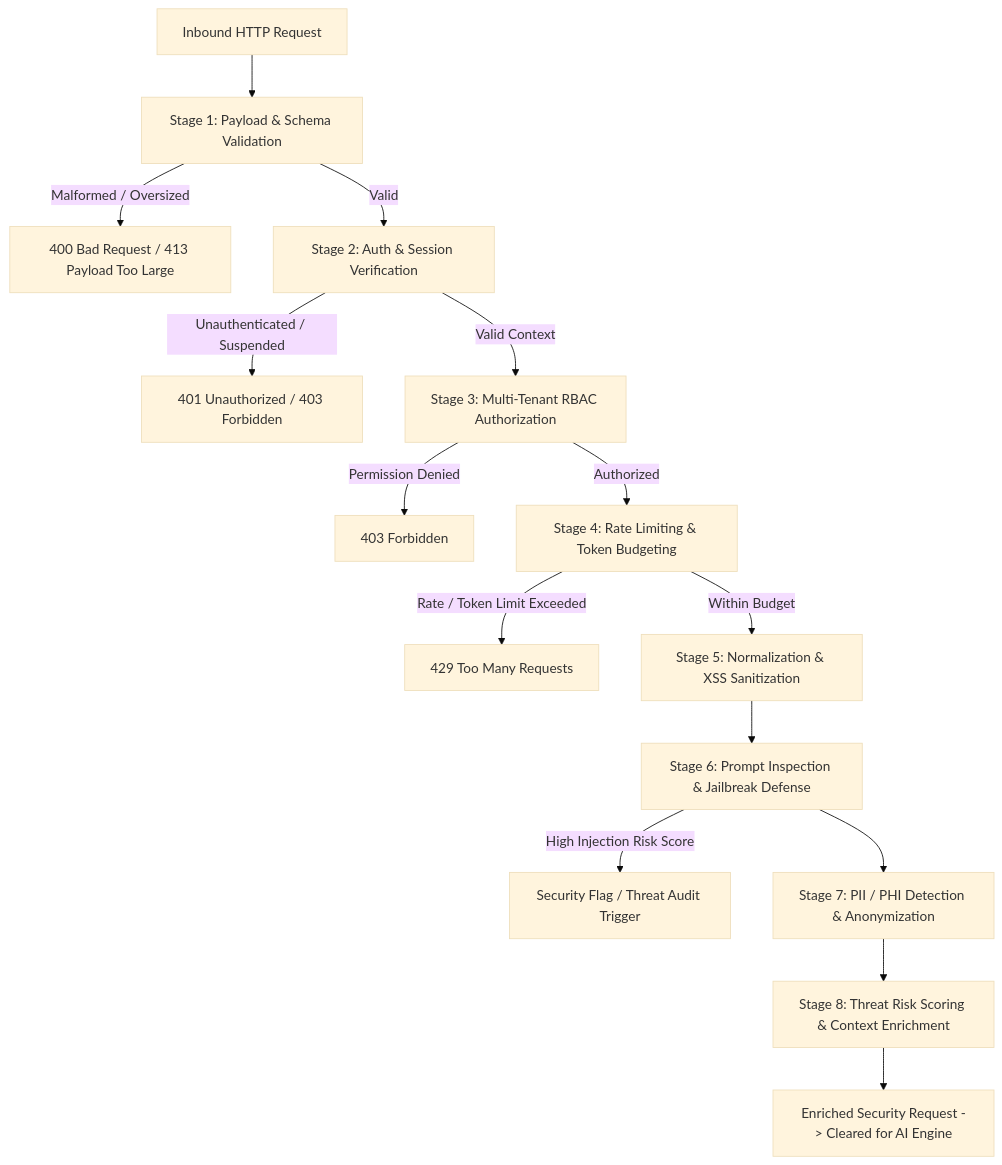
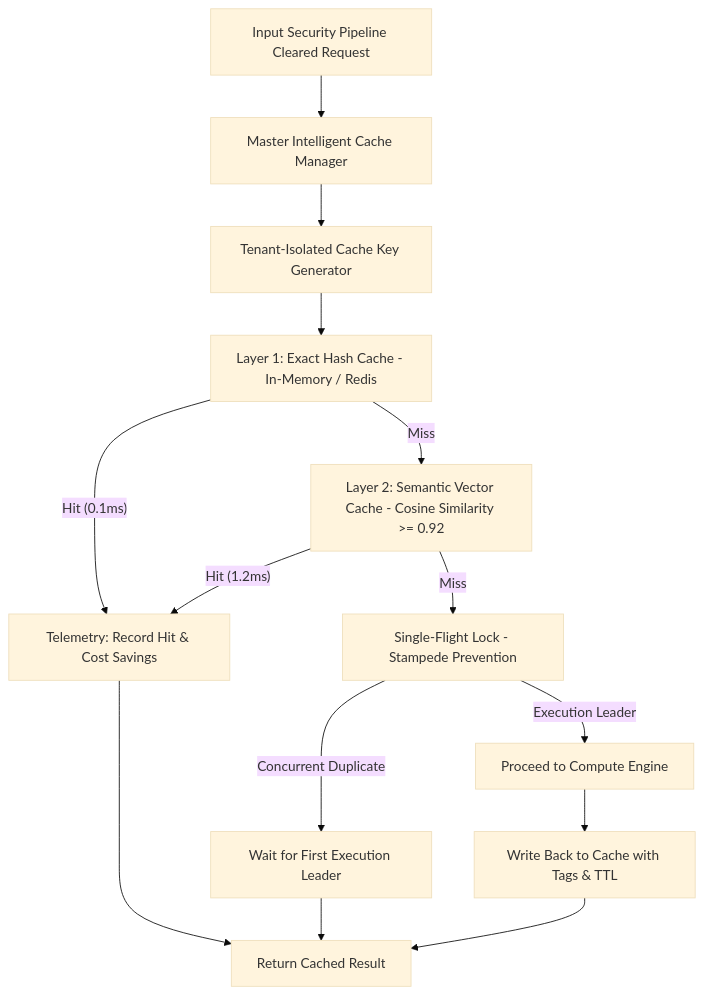
Before and after one commit to sreeram0343/ragtune: the second of 2 diagrams in README.md, drawn with Mermaid (base theme). The commit also changed other lines of this file, not shown here.

Commit message:
docs: update README with Intelligent Multi-Layer Caching System architecture, single-flight coalescing, tag invalidation, and telemetry

````diff
--- a/README.md
+++ b/README.md
@@ -89,24 +81,19 @@
 ```mermaid
 graph TD
-    Inbound[Inbound HTTP Request] --> Stage1[Stage 1: Payload & Schema Validation]
-    Stage1 -- Malformed / Oversized --> Reject1[400 Bad Request / 413 Payload Too Large]
+    SecurityPipeline[Input Security Pipeline Cleared Request] --> CacheManager[Master Intelligent Cache Manager]
     
-    Stage1 -- Valid --> Stage2[Stage 2: Auth & Session Verification]
-    Stage2 -- Unauthenticated / Suspended --> Reject2[401 Unauthorized / 403 Forbidden]
+    CacheManager --> KeyBuilder[Tenant-Isolated Cache Key Generator]
+    KeyBuilder --> L1[Layer 1: Exact Hash Cache - In-Memory / Redis]
     
-    Stage2 -- Valid Context --> Stage3[Stage 3: Multi-Tenant RBAC Authorization]
-    Stage3 -- Permission Denied --> Reject3[403 Forbidden]
+    L1 -- Hit (0.1ms) --> AuditHit[Telemetry: Record Hit & Cost Savings] --> Return[Return Cached Result]
     
-    Stage3 -- Authorized --> Stage4[Stage 4: Rate Limiting & Token Budgeting]
-    Stage4 -- Rate / Token Limit Exceeded --> Reject4[429 Too Many Requests]
+    L1 -- Miss --> L2[Layer 2: Semantic Vector Cache - Cosine Similarity >= 0.92]
+    L2 -- Hit (1.2ms) --> AuditHit
     
-    Stage4 -- Within Budget --> Stage5[Stage 5: Normalization & XSS Sanitization]
+    L2 -- Miss --> SingleFlight[Single-Flight Lock - Stampede Prevention]
     
-    Stage5 --> Stage6[Stage 6: Prompt Inspection & Jailbreak Defense]
-    Stage6 -- High Injection Risk Score --> Flag6[Security Flag / Threat Audit Trigger]
+    SingleFlight -- Concurrent Duplicate --> Wait[Wait for First Execution Leader] --> Return
+    SingleFlight -- Execution Leader --> Compute[Proceed to Compute Engine]
     
-    Stage6 --> Stage7[Stage 7: PII / PHI Detection & Anonymization]
-    
-    Stage7 --> Stage8[Stage 8: Threat Risk Scoring & Context Enrichment]
-    Stage8 --> Enriched[Enriched Security Request -> Cleared for AI Engine]
+    Compute --> CacheWrite[Write Back to Cache with Tags & TTL] --> Return
 ```
````
